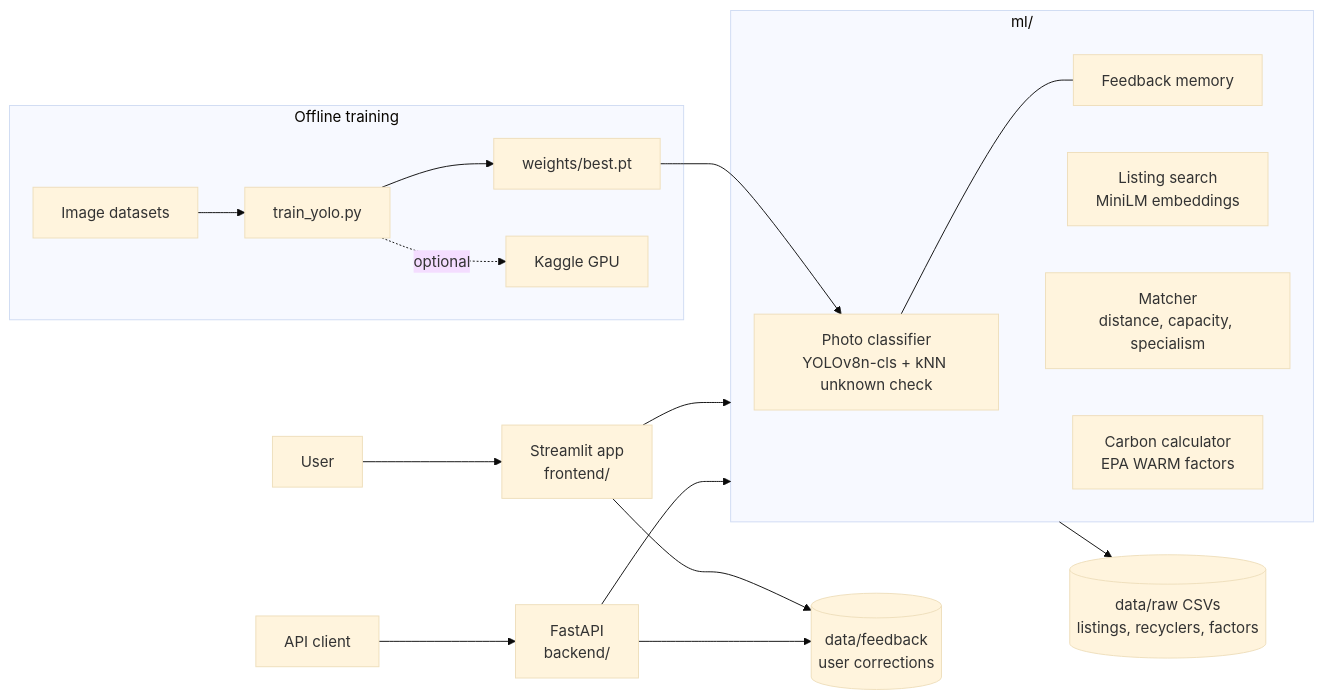
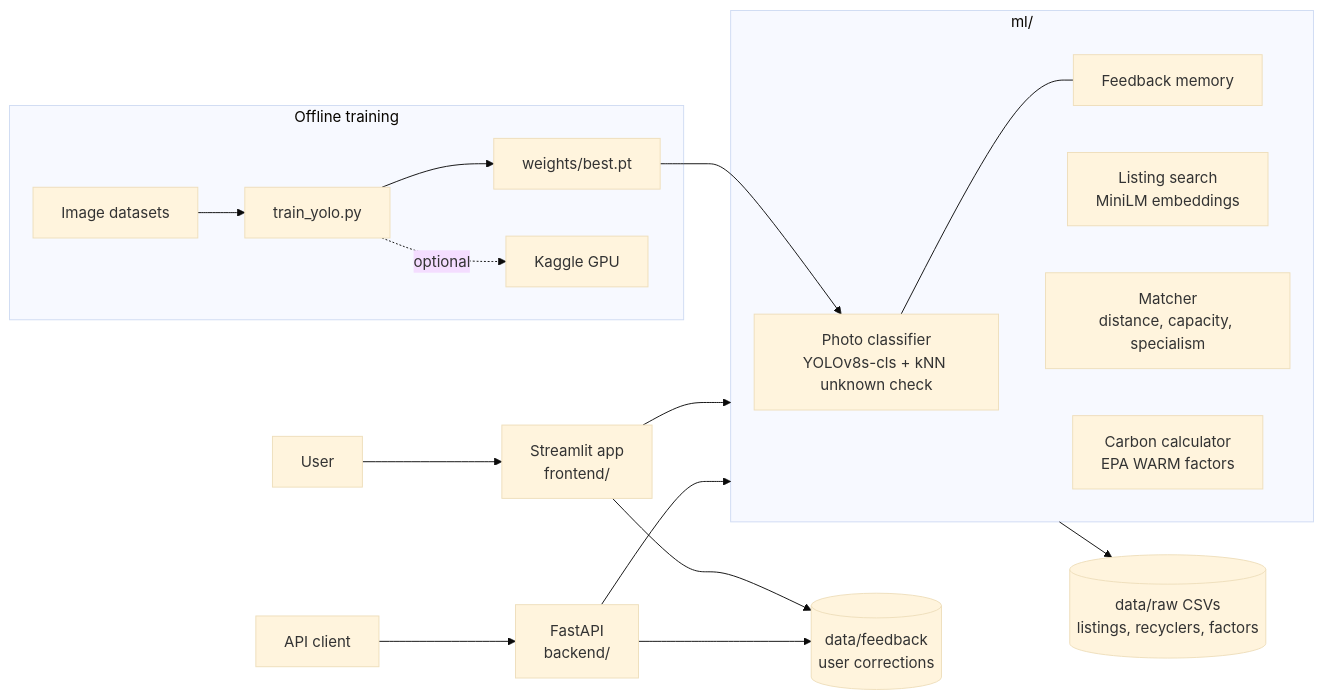
Before and after one commit to prajyotkotekar/MaterialMatch: the diagram in README.md, drawn with Mermaid (base theme). The commit also changed other lines of this file and 2 other files, not shown here.

Commit message:
Switch to the robust YOLOv8s classifier

````diff
--- a/README.md
+++ b/README.md
@@ -22,27 +22,27 @@
 ```mermaid
 flowchart LR
     U[User] --> FE[Streamlit app<br/>frontend/]
     C[API client] --> BE[FastAPI<br/>backend/]
 
     FE --> ML
     BE --> ML
 
     subgraph ML[ml/]
-        CLS[Photo classifier<br/>YOLOv8n-cls + kNN unknown check]
+        CLS[Photo classifier<br/>YOLOv8s-cls + kNN unknown check]
         MEM[Feedback memory]
         EMB[Listing search<br/>MiniLM embeddings]
         MAT[Matcher<br/>distance, capacity, specialism]
         CO2[Carbon calculator<br/>EPA WARM factors]
     end
 
     CLS --- MEM
     ML --> CSV[(data/raw CSVs<br/>listings, recyclers, factors)]
     FE --> FB[(data/feedback<br/>user corrections)]
     BE --> FB
 
     subgraph Training[Offline training]
         DS[Image datasets] --> TR[train_yolo.py] --> W[weights/best.pt]
         TR -. optional .-> KG[Kaggle GPU]
     end
     W --> CLS
 ```
````
